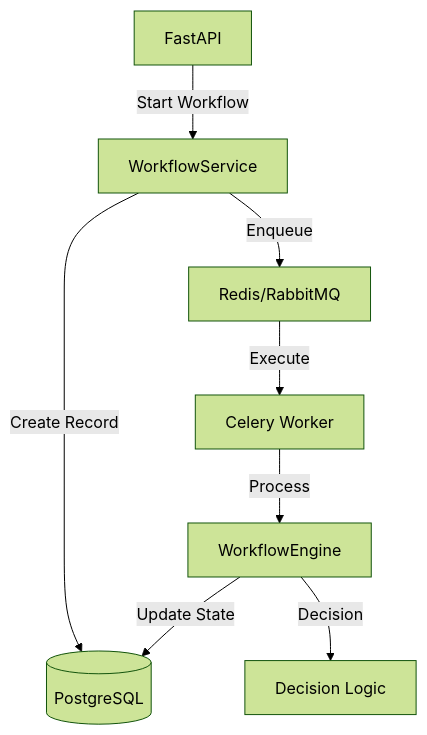
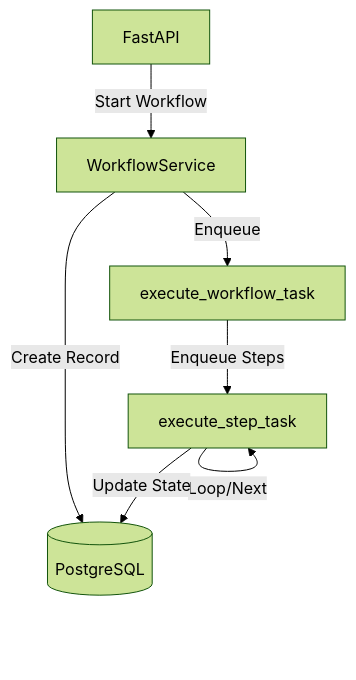
Before and after one commit to ezequielranieri/flowcore: the diagram in README.md, drawn with Mermaid (forest theme). The commit also changed other lines of this file and 4 other files, not shown here.

````diff
--- a/README.md
+++ b/README.md
@@ -94,10 +95,9 @@
 ```mermaid
 graph TD
     API[FastAPI] -->|Start Workflow| Service[WorkflowService]
     Service -->|Create Record| DB[(PostgreSQL)]
-    Service -->|Enqueue| Broker[Redis/RabbitMQ]
-    Broker -->|Execute| Worker[Celery Worker]
-    Worker -->|Process| Engine[WorkflowEngine]
-    Engine -->|Update State| DB
-    Engine -->|Decision| Decision[Decision Logic]
+    Service -->|Enqueue| TaskInit[execute_workflow_task]
+    TaskInit -->|Enqueue Steps| TaskStep[execute_step_task]
+    TaskStep -->|Loop/Next| TaskStep
+    TaskStep -->|Update State| DB
 ```
````
